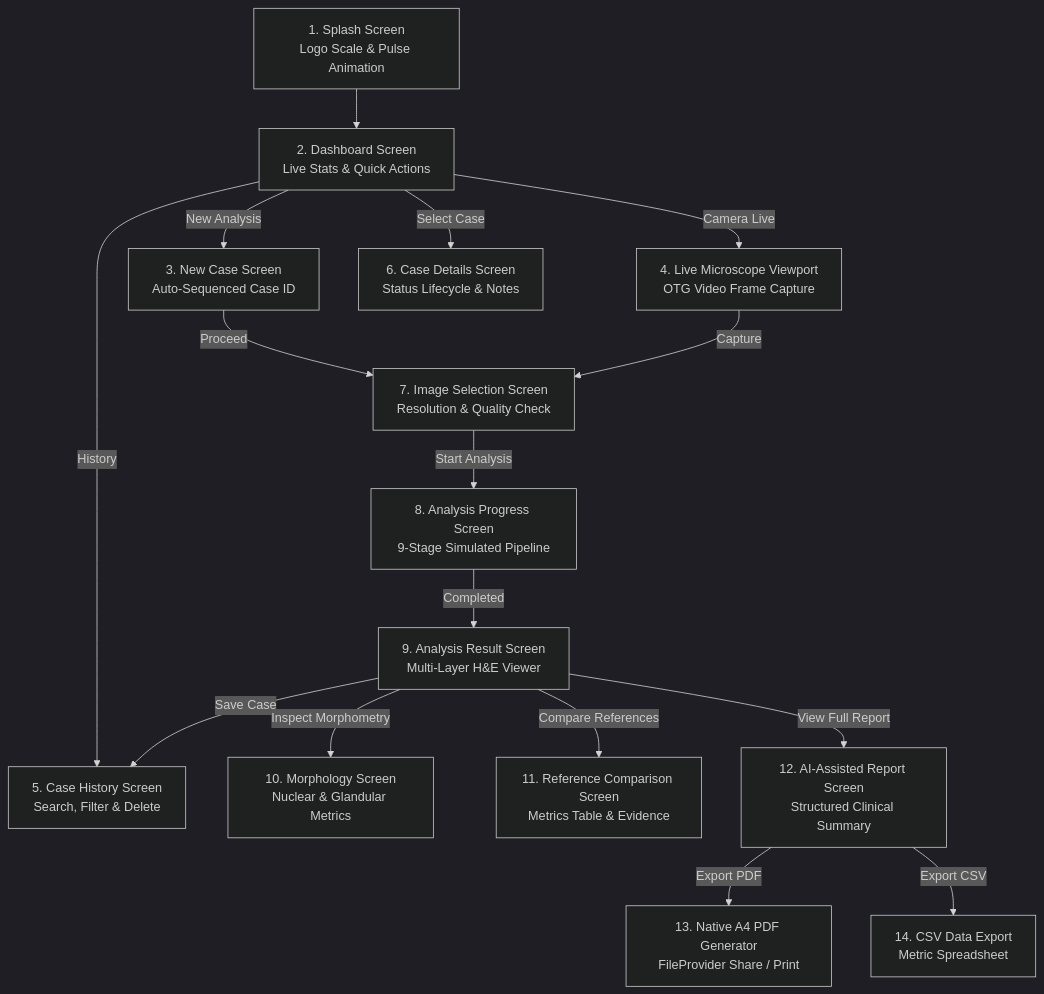
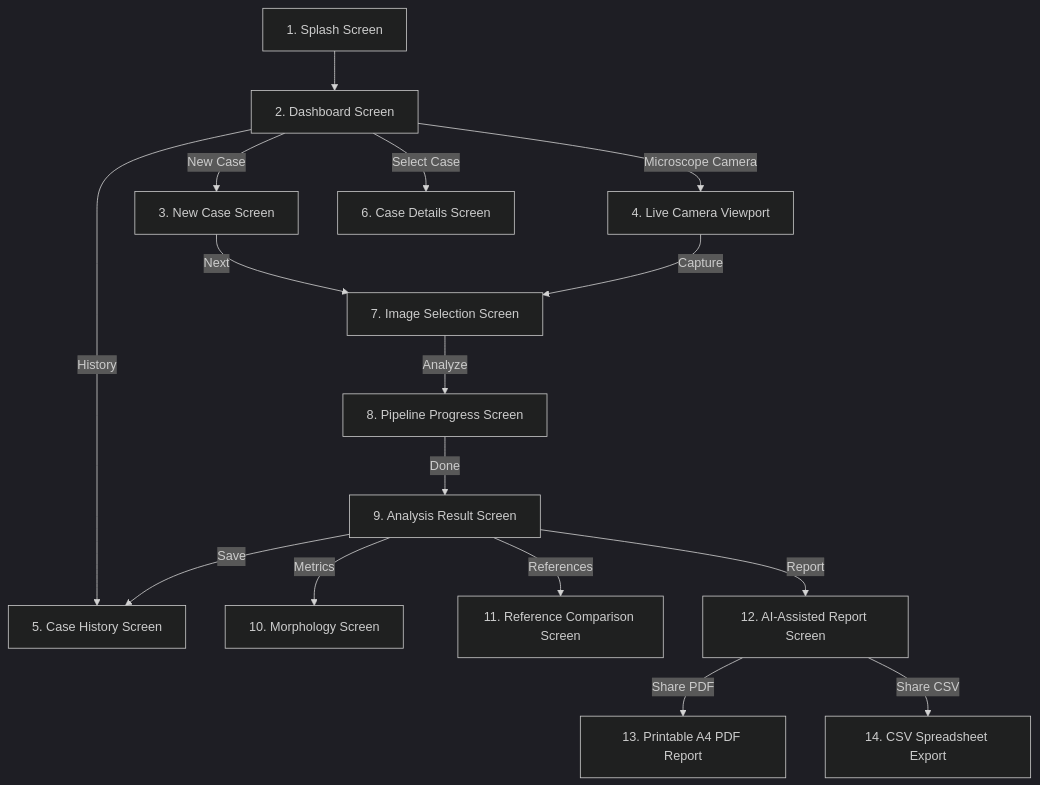
Before and after one commit to Adithya-PK/colonPath: the diagram in README.md, drawn with Mermaid (dark theme). The commit also changed other lines of this file, not shown here.

````diff
--- a/README.md
+++ b/README.md
@@ -193,24 +128,24 @@
 ```mermaid
 flowchart TD
-    SPLASH[1. Splash Screen\nLogo Scale & Pulse Animation] --> DASH[2. Dashboard Screen\nLive Stats & Quick Actions]
+    SPLASH[1. Splash Screen] --> DASH[2. Dashboard Screen]
     
-    DASH -->|New Analysis| NEWCASE[3. New Case Screen\nAuto-Sequenced Case ID]
-    DASH -->|Camera Live| LIVE[4. Live Microscope Viewport\nOTG Video Frame Capture]
-    DASH -->|History| HIST[5. Case History Screen\nSearch, Filter & Delete]
-    DASH -->|Select Case| DETAILS[6. Case Details Screen\nStatus Lifecycle & Notes]
+    DASH -->|New Case| NEWCASE[3. New Case Screen]
+    DASH -->|Microscope Camera| LIVE[4. Live Camera Viewport]
+    DASH -->|History| HIST[5. Case History Screen]
+    DASH -->|Select Case| DETAILS[6. Case Details Screen]
     
-    NEWCASE -->|Proceed| IMGSEL[7. Image Selection Screen\nResolution & Quality Check]
+    NEWCASE -->|Next| IMGSEL[7. Image Selection Screen]
     LIVE -->|Capture| IMGSEL
     
-    IMGSEL -->|Start Analysis| PROG[8. Analysis Progress Screen\n9-Stage Simulated Pipeline]
+    IMGSEL -->|Analyze| PROG[8. Pipeline Progress Screen]
     
-    PROG -->|Completed| RESULT[9. Analysis Result Screen\nMulti-Layer H&E Viewer]
+    PROG -->|Done| RESULT[9. Analysis Result Screen]
     
-    RESULT -->|Save Case| HIST
-    RESULT -->|Inspect Morphometry| MORPH[10. Morphology Screen\nNuclear & Glandular Metrics]
-    RESULT -->|Compare References| COMP[11. Reference Comparison Screen\nMetrics Table & Evidence]
-    RESULT -->|View Full Report| REPORT[12. AI-Assisted Report Screen\nStructured Clinical Summary]
+    RESULT -->|Save| HIST
+    RESULT -->|Metrics| MORPH[10. Morphology Screen]
+    RESULT -->|References| COMP[11. Reference Comparison Screen]
+    RESULT -->|Report| REPORT[12. AI-Assisted Report Screen]
     
-    REPORT -->|Export PDF| PDF[13. Native A4 PDF Generator\nFileProvider Share / Print]
-    REPORT -->|Export CSV| CSV[14. CSV Data Export\nMetric Spreadsheet]
+    REPORT -->|Share PDF| PDF[13. Printable A4 PDF Report]
+    REPORT -->|Share CSV| CSV[14. CSV Spreadsheet Export]
 ```
````
